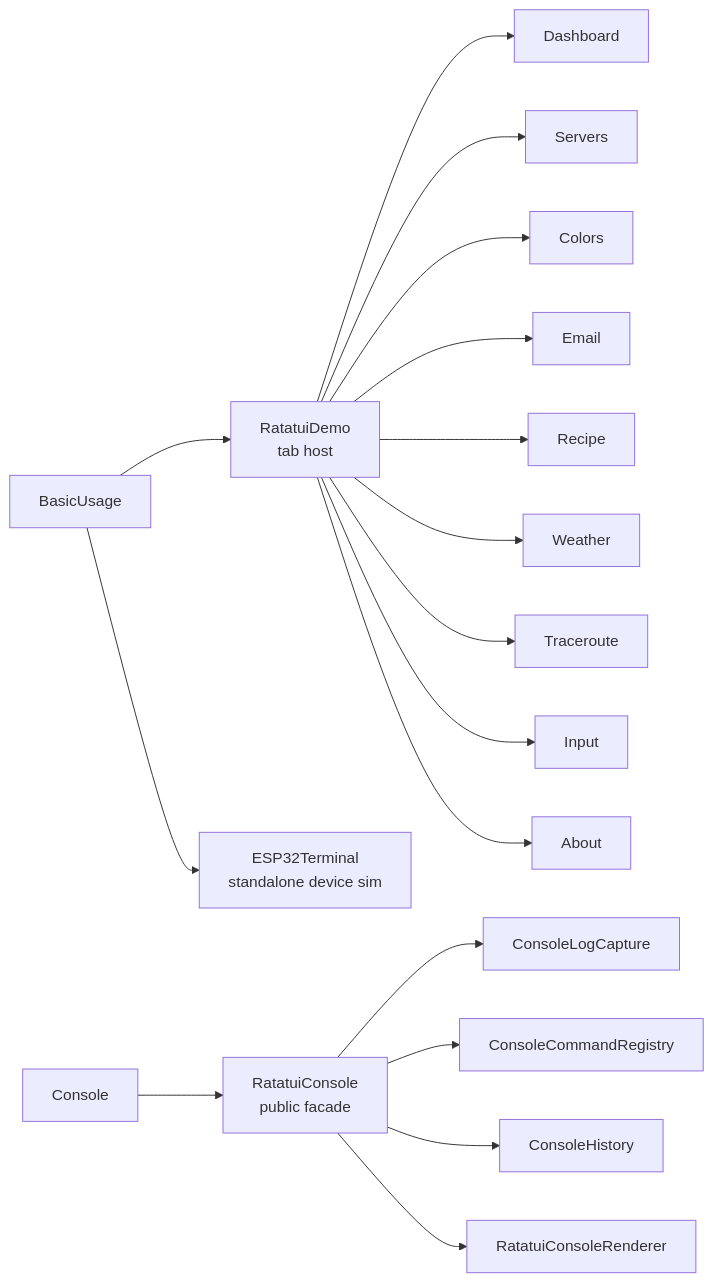
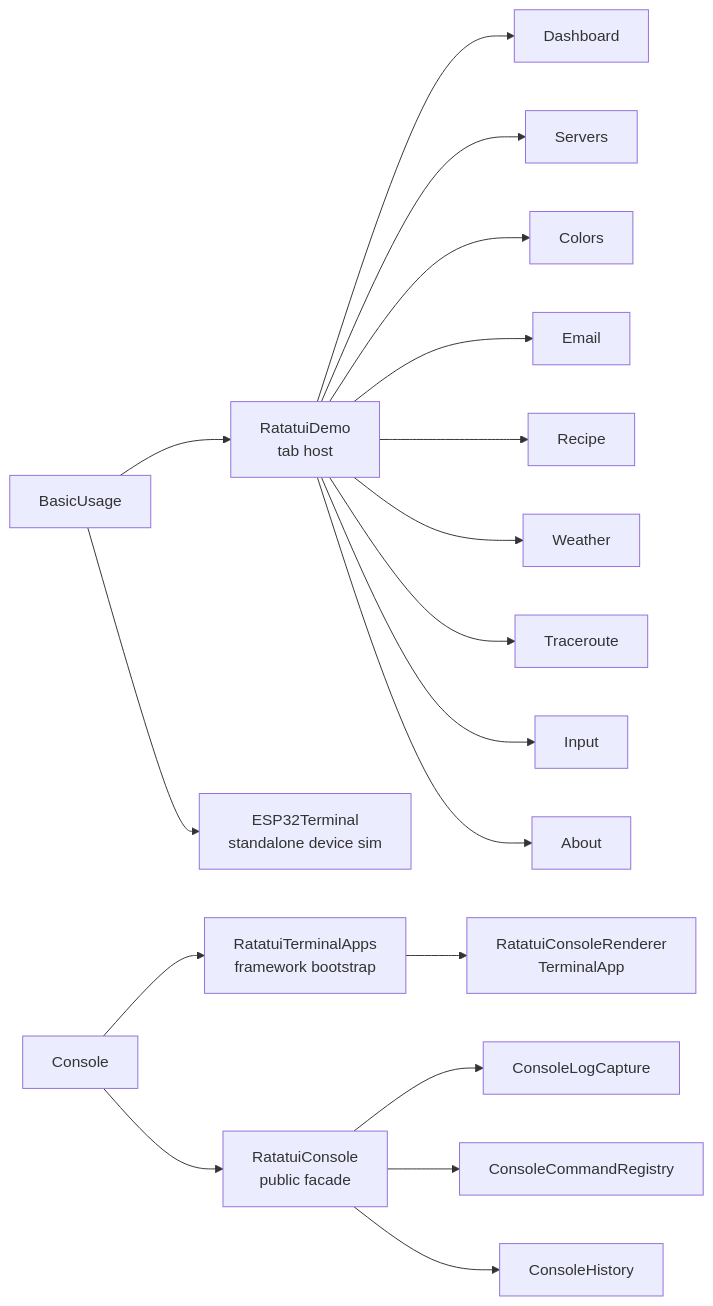
The diagram in docs/articles/samples-overview.md (farukcan/ratatui-unity), drawn with Mermaid before and after one commit. The commit also changed other lines of this file and 4 other files, not shown here.

First line of the commit message:
feat: update documentation for RatatuiTerminalApps and related components

````diff
--- a/docs/articles/samples-overview.md
+++ b/docs/articles/samples-overview.md
@@ -14,20 +14,21 @@
 ```mermaid
 graph LR
     A[BasicUsage] --> A1[RatatuiDemo<br/>tab host]
     A1 --> A2[Dashboard]
     A1 --> A3[Servers]
     A1 --> A4[Colors]
     A1 --> A5[Email]
     A1 --> A6[Recipe]
     A1 --> A7[Weather]
     A1 --> A8[Traceroute]
     A1 --> A9[Input]
     A1 --> A10[About]
     A --> B[ESP32Terminal<br/>standalone device sim]
 
-    C[Console] --> C1[RatatuiConsole<br/>public facade]
+    C[Console] --> C0[RatatuiTerminalApps<br/>framework bootstrap]
+    C0 --> C5[RatatuiConsoleRenderer<br/>TerminalApp]
+    C --> C1[RatatuiConsole<br/>public facade]
     C1 --> C2[ConsoleLogCapture]
     C1 --> C3[ConsoleCommandRegistry]
     C1 --> C4[ConsoleHistory]
-    C1 --> C5[RatatuiConsoleRenderer]
 ```
````
